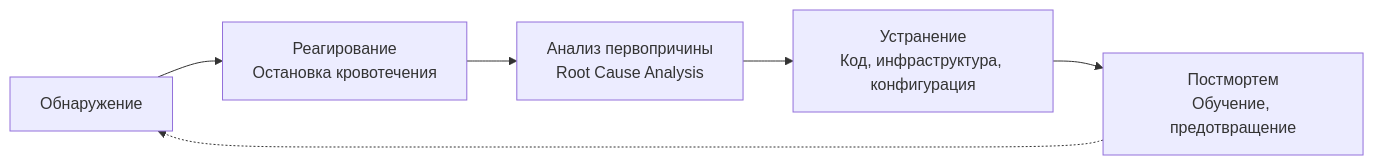
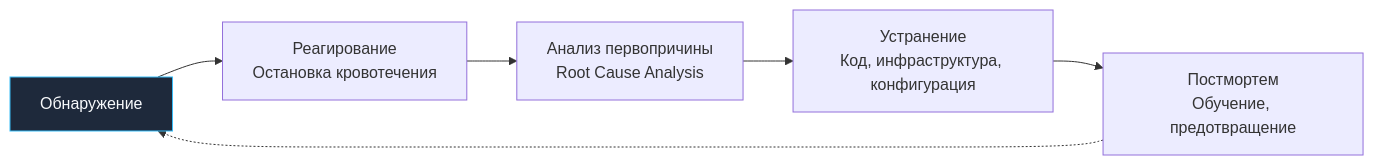
The second of 2 diagrams in sources/14. Распределенные системы на Go/08. Практика/9. Production incidents.md (UnrealTemplier/go-textbook), drawn with Mermaid before and after one commit. The commit also changed other lines of this file and 1666 other files, not shown here.

First line of the commit message:
feat(mermaid): add semantic color classDef to 1369 colorless flowchart/graph diagrams

````diff
--- a/sources/14. Распределенные системы на Go/08. Практика/9. Production incidents.md
+++ b/sources/14. Распределенные системы на Go/08. Практика/9. Production incidents.md
@@ -72,8 +82,18 @@
 ```mermaid
 flowchart LR
-    Detect["Обнаружение"] --> Respond["Реагирование<br>Остановка кровотечения"]
+    classDef process  fill:#1e293b,stroke:#38bdf8,stroke-width:1px,color:#f8fafc
+    classDef success  fill:#064e3b,stroke:#34d399,stroke-width:1px,color:#f8fafc
+    classDef error    fill:#7f1d1d,stroke:#f87171,stroke-width:1px,color:#f8fafc
+    classDef warning  fill:#78350f,stroke:#fbbf24,stroke-width:1px,color:#f8fafc
+    classDef entry    fill:#1e3a5f,stroke:#38bdf8,stroke-width:2px,color:#f8fafc
+    classDef aux      fill:#334155,stroke:#64748b,stroke-width:1px,color:#f8fafc
+    classDef system   fill:#312e81,stroke:#a78bfa,stroke-width:1px,color:#f8fafc
+    classDef data     fill:#132d29,stroke:#2dd4bf,stroke-width:1px,color:#f8fafc
+    classDef network  fill:#881337,stroke:#fb7185,stroke-width:1px,color:#f8fafc
+    classDef accent   fill:#1e1b4b,stroke:#818cf8,stroke-width:1px,color:#f8fafc
+    Detect["Обнаружение"]:::process --> Respond["Реагирование<br>Остановка кровотечения"]
     Respond --> RCA["Анализ первопричины<br>Root Cause Analysis"]
     RCA --> Fix["Устранение<br>Код, инфраструктура, конфигурация"]
     Fix --> Postmortem["Постмортем<br>Обучение, предотвращение"]
     Postmortem -.-> Detect
 ```
````
